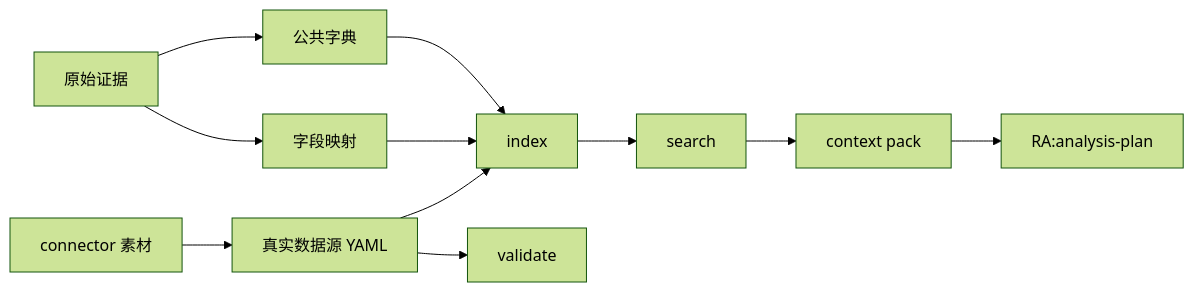
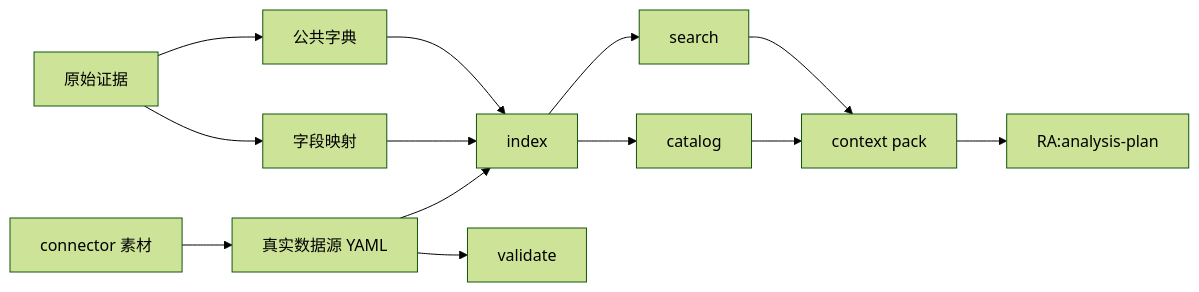
One commit to dabaige53/RealAnalyst changed the diagram in skills/metadata/README.md. Above: the diagram before and after it, drawn with Mermaid (forest theme). The commit also changed other lines of this file and 62 other files, not shown here.

````diff
--- a/skills/metadata/README.md
+++ b/skills/metadata/README.md
@@ -29,11 +29,13 @@
 ```mermaid
 flowchart LR
     Sources[原始证据] --> Dictionaries[公共字典]
     Sources --> Mappings[字段映射]
     Sync[connector 素材] --> Datasets[真实数据源 YAML]
     Dictionaries --> Index[index]
     Mappings --> Index
     Datasets --> Validate[validate]
     Datasets --> Index
+    Index --> Catalog[catalog]
     Index --> Search[search] --> Context[context pack] --> Plan[RA:analysis-plan]
+    Catalog --> Context
 ```
````
